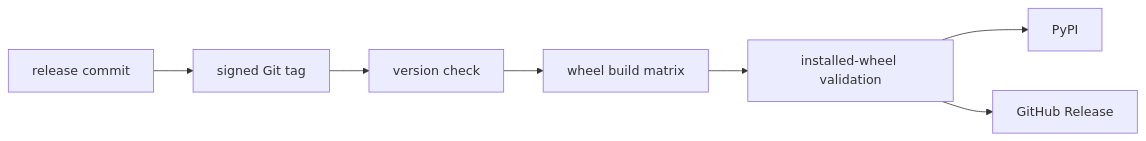
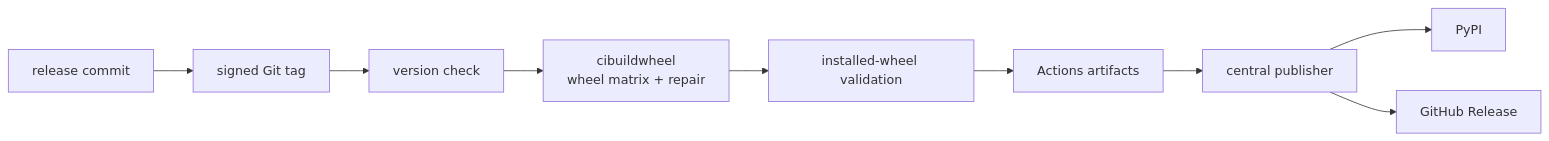
One commit to Aionw/aionw.github.io changed the second of 2 diagrams in src/content/posts/mooncake-python-package-refactoring.mdx. Above: the diagram before and after it, drawn with Mermaid. The commit also changed other lines of this file and 1 other file, not shown here.

Commit message:
docs: add cibuildwheel release flow

````diff
--- a/src/content/posts/mooncake-python-package-refactoring.mdx
+++ b/src/content/posts/mooncake-python-package-refactoring.mdx
@@ -373,14 +395,16 @@
 ```mermaid
 flowchart LR
     M[release commit]
     T[signed Git tag]
     K[version check]
-    B[wheel build matrix]
+    B[cibuildwheel<br/>wheel matrix + repair]
     V[installed-wheel validation]
+    A[Actions artifacts]
+    U[central publisher]
     P[PyPI]
     G[GitHub Release]
 
-    M --> T --> K --> B --> V
-    V --> P
-    V --> G
+    M --> T --> K --> B --> V --> A --> U
+    U --> P
+    U --> G
 ```
````
